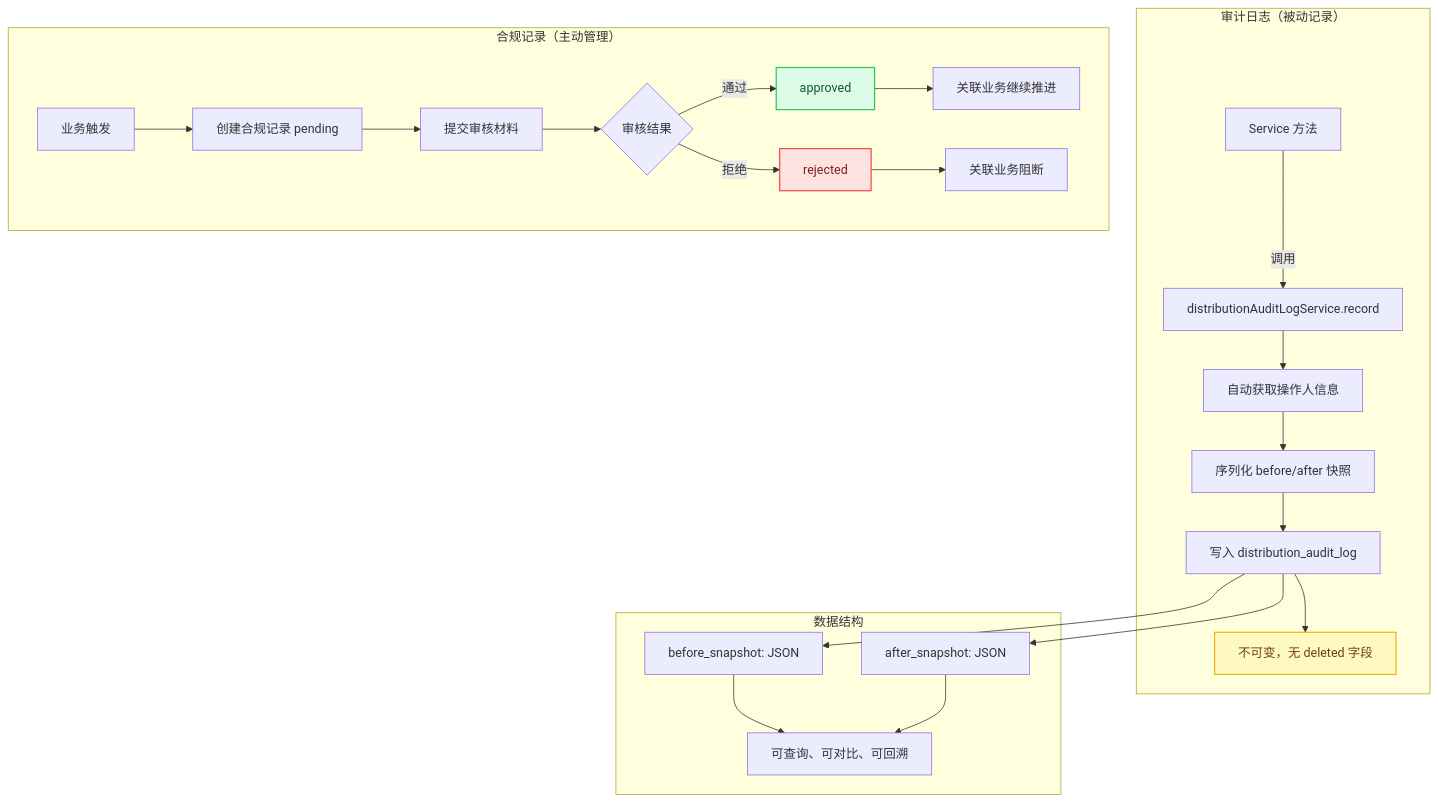
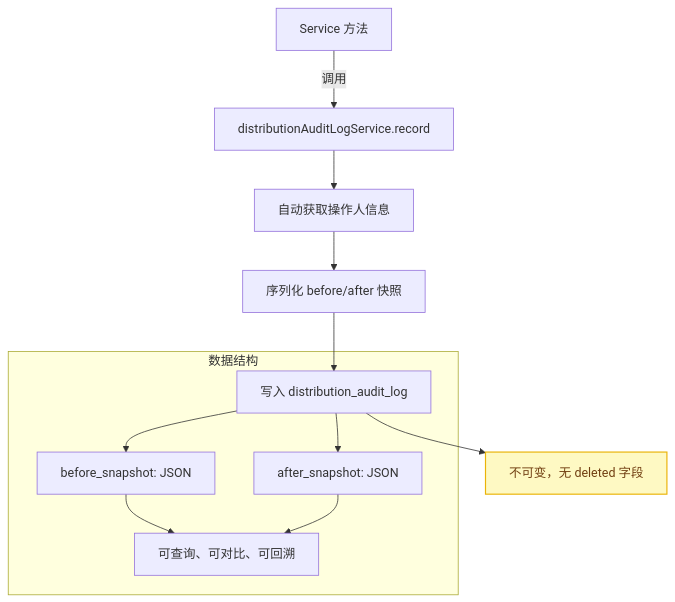
One commit to StevenTsai/distribution-architecture changed the first of 5 diagrams in architecture/audit-and-compliance.md. Above: the diagram before and after it, drawn with Mermaid. The commit also changed other lines of this file and 37 other files, not shown here.

First line of the commit message:
docs: replace ASCII diagrams with Mermaid and improve layout

````diff
--- a/architecture/audit-and-compliance.md
+++ b/architecture/audit-and-compliance.md
@@ -9,34 +11,18 @@
 ```mermaid
 flowchart TB
-    subgraph 审计日志["审计日志（被动记录）"]
-        A[Service 方法] -->|调用| B[distributionAuditLogService.record]
-        B --> C[自动获取操作人信息]
-        C --> D[序列化 before/after 快照]
-        D --> E[写入 distribution_audit_log]
-        E --> F[不可变，无 deleted 字段]
-    end
-
-    subgraph 合规记录["合规记录（主动管理）"]
-        G[业务触发] --> H[创建合规记录 pending]
-        H --> I[提交审核材料]
-        I --> J{审核结果}
-        J -->|通过| K[approved]
-        J -->|拒绝| L[rejected]
-        K --> M[关联业务继续推进]
-        L --> N[关联业务阻断]
-    end
+    A[Service 方法] -->|调用| B[distributionAuditLogService.record]
+    B --> C[自动获取操作人信息]
+    C --> D[序列化 before/after 快照]
+    D --> E[写入 distribution_audit_log]
+    E --> F[不可变，无 deleted 字段]
 
     subgraph 数据结构
         E --> O["before_snapshot: JSON"]
         E --> P["after_snapshot: JSON"]
         O --> Q["可查询、可对比、可回溯"]
         P --> Q
     end
 
     class F warning
-    class K success
-    class L danger
-    classDef success fill:#dcfce7,stroke:#22c55e,color:#14532d,stroke-width:1.5px
     classDef warning fill:#fef9c3,stroke:#eab308,color:#713f12,stroke-width:1.5px
-    classDef danger fill:#fee2e2,stroke:#ef4444,color:#7f1d1d,stroke-width:1.5px
 ```
````
